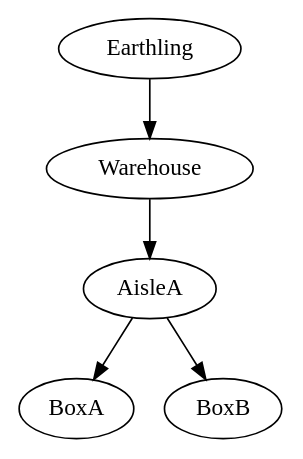
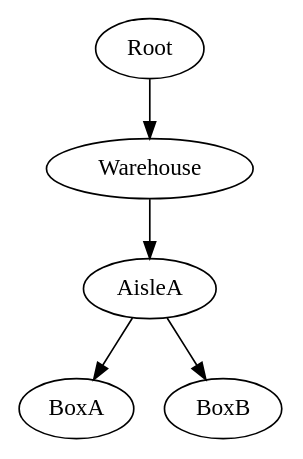
One commit to henryemekaonuorah92/silo changed the first of 2 diagrams in doc/inventory.md. Above: the diagram before and after it, drawn with Graphviz. The commit also changed other lines of this file and 1 other file, not shown here.

````diff
--- a/doc/inventory.md
+++ b/doc/inventory.md
@@ -19,7 +19,6 @@
 ```dot
 digraph location_tree {
-    Earth -> Warehouse -> AisleA -> BoxA;
+    Root -> Warehouse -> AisleA -> BoxA;
     AisleA -> BoxB;
-    Earth [label="Earthling"];
 }
 ```
````
